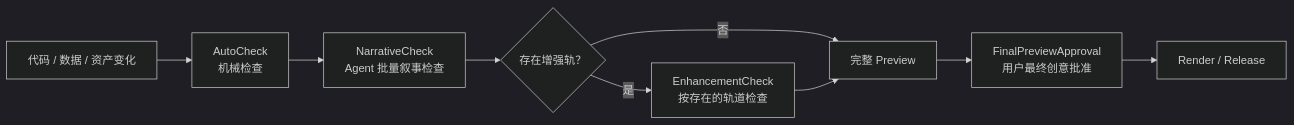
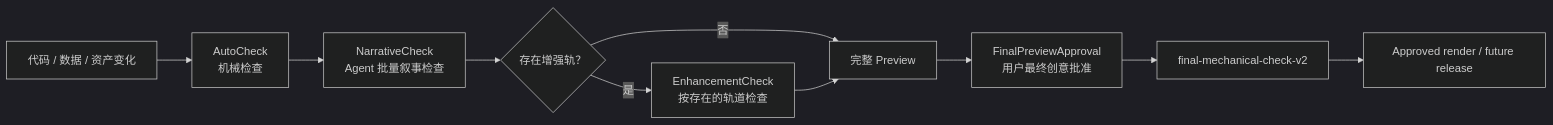
One commit to AXMORF/axmorf-studio changed the diagram in docs/REVIEW_MODEL.md. Above: the diagram before and after it, drawn with Mermaid (dark theme). The commit also changed other lines of this file and 17 other files, not shown here.

````diff
--- a/docs/REVIEW_MODEL.md
+++ b/docs/REVIEW_MODEL.md
@@ -5,11 +5,12 @@
 ```mermaid
 flowchart LR
     Change["代码 / 数据 / 资产变化"] --> Auto["AutoCheck<br/>机械检查"]
     Auto --> Narrative["NarrativeCheck<br/>Agent 批量叙事检查"]
     Narrative --> Enhanced{"存在增强轨？"}
     Enhanced -->|"否"| Preview["完整 Preview"]
     Enhanced -->|"是"| Enhancement["EnhancementCheck<br/>按存在的轨道检查"]
     Enhancement --> Preview
     Preview --> User["FinalPreviewApproval<br/>用户最终创意批准"]
-    User --> Render["Render / Release"]
+    User --> Final["final-mechanical-check-v2"]
+    Final --> Render["Approved render / future release"]
 ```
````
